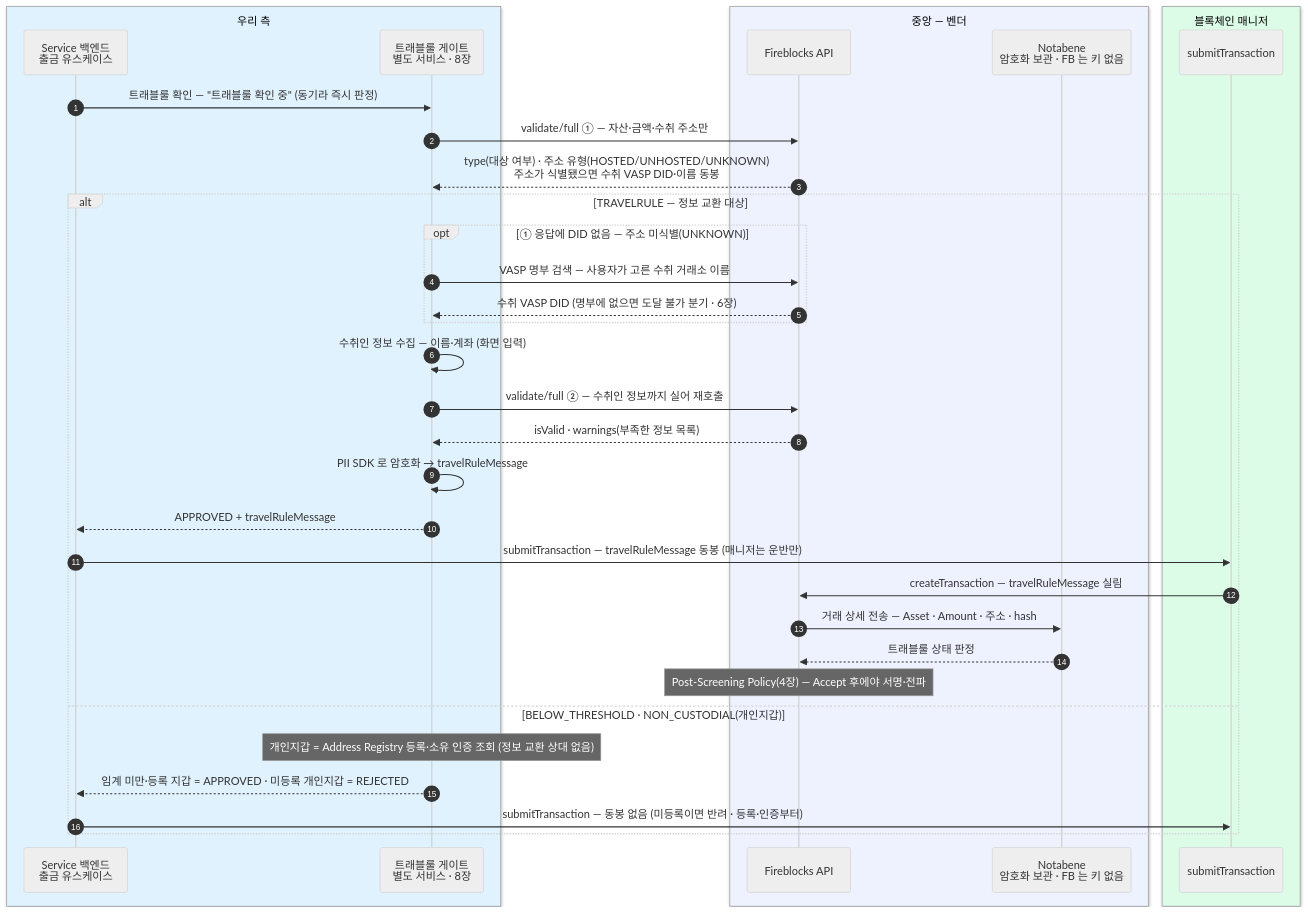
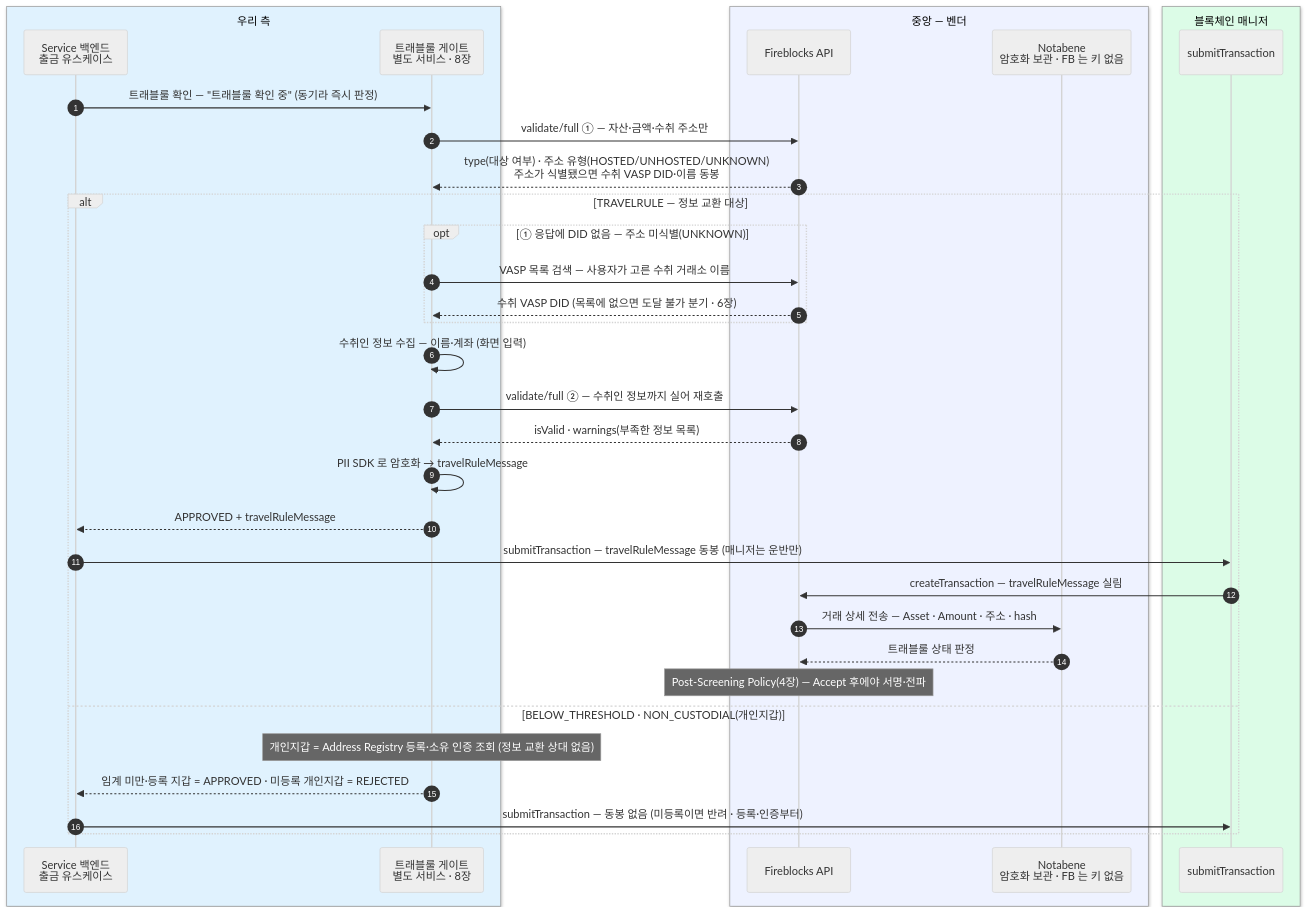
The second of 11 diagrams in blockchain-manager/docs/트래블룰/설계/07-scenarios.md (eunsujeo/eunpus), drawn with Mermaid (neutral theme) before and after one commit. The commit also changed other lines of this file and 26 other files, not shown here.

````diff
--- a/blockchain-manager/docs/트래블룰/설계/07-scenarios.md
+++ b/blockchain-manager/docs/트래블룰/설계/07-scenarios.md
@@ -87,39 +87,39 @@
 ```mermaid
 sequenceDiagram
     autonumber
     box rgb(224,242,254) 우리 측
     participant BE as Service 백엔드<br/>출금 유스케이스
     participant GT as 트래블룰 게이트<br/>별도 서비스 · 8장
     end
     box rgb(238,242,255) 중앙 — 벤더
     participant FB as Fireblocks API
     participant NB as Notabene<br/>암호화 보관 · FB 는 키 없음
     end
     box rgb(220,252,231) 블록체인 매니저
     participant BM as submitTransaction
     end
 
     BE->>GT: 트래블룰 확인 — "트래블룰 확인 중" (동기라 즉시 판정)
     GT->>FB: validate/full ① — 자산·금액·수취 주소만
     FB-->>GT: type(대상 여부) · 주소 유형(HOSTED/UNHOSTED/UNKNOWN)<br/>주소가 식별됐으면 수취 VASP DID·이름 동봉
     alt TRAVELRULE — 정보 교환 대상
         opt ① 응답에 DID 없음 — 주소 미식별(UNKNOWN)
-            GT->>FB: VASP 명부 검색 — 사용자가 고른 수취 거래소 이름
-            FB-->>GT: 수취 VASP DID (명부에 없으면 도달 불가 분기 · 6장)
+            GT->>FB: VASP 목록 검색 — 사용자가 고른 수취 거래소 이름
+            FB-->>GT: 수취 VASP DID (목록에 없으면 도달 불가 분기 · 6장)
         end
         GT->>GT: 수취인 정보 수집 — 이름·계좌 (화면 입력)
         GT->>FB: validate/full ② — 수취인 정보까지 실어 재호출
         FB-->>GT: isValid · warnings(부족한 정보 목록)
         GT->>GT: PII SDK 로 암호화 → travelRuleMessage
         GT-->>BE: APPROVED + travelRuleMessage
         BE->>BM: submitTransaction — travelRuleMessage 동봉 (매니저는 운반만)
         BM->>FB: createTransaction — travelRuleMessage 실림
         FB->>NB: 거래 상세 전송 — Asset · Amount · 주소 · hash
         NB-->>FB: 트래블룰 상태 판정
         Note over FB: Post-Screening Policy(4장) — Accept 후에야 서명·전파
     else BELOW_THRESHOLD · NON_CUSTODIAL(개인지갑)
         Note over GT: 개인지갑 = Address Registry 등록·소유 인증 조회 (정보 교환 상대 없음)
         GT-->>BE: 임계 미만·등록 지갑 = APPROVED · 미등록 개인지갑 = REJECTED
         BE->>BM: submitTransaction — 동봉 없음 (미등록이면 반려 · 등록·인증부터)
     end
 ```
````
